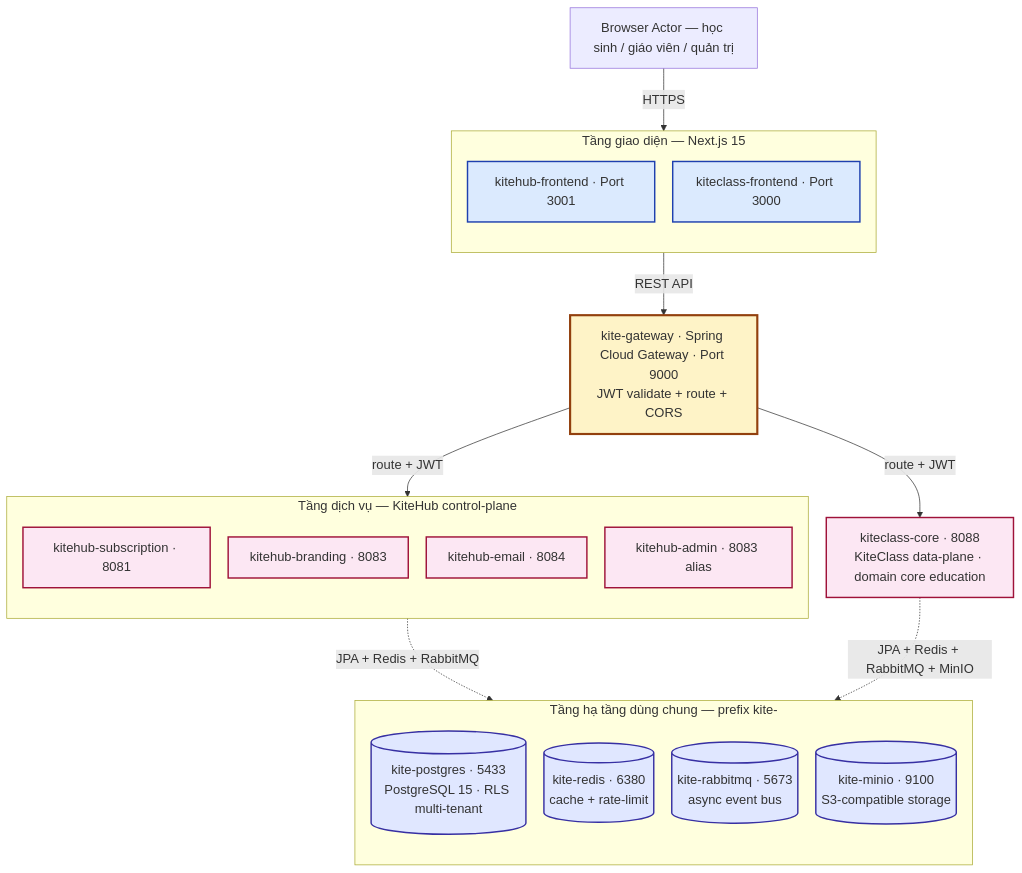
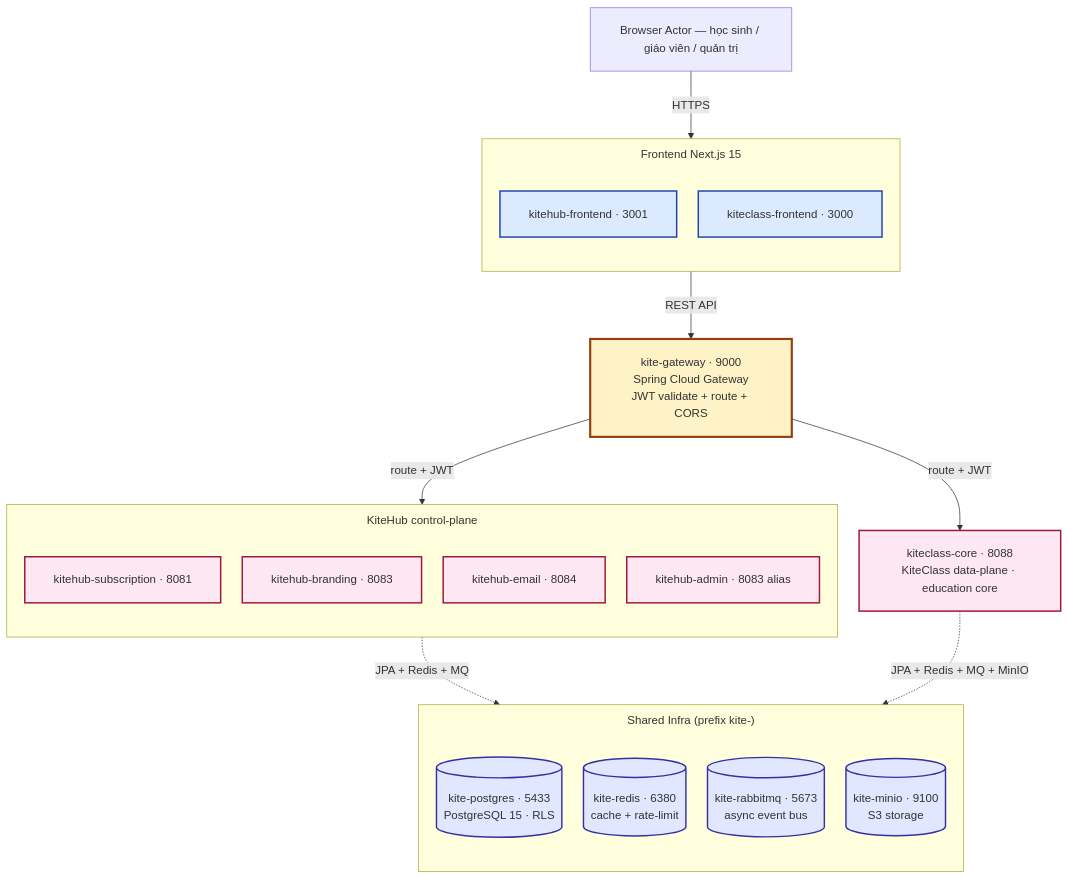
The second of 8 diagrams in documents/08-thesis/chapter-2-system-architecture.md (VictorAurelius/2026-Kite-Class-Platform), drawn with Mermaid before and after one commit. The commit also changed 3 other files, not shown here.

First line of the commit message:
fix(thesis+skills): Hình 2.2 fix subgraph title overlap + update diagram skill

````diff
--- a/documents/08-thesis/chapter-2-system-architecture.md
+++ b/documents/08-thesis/chapter-2-system-architecture.md
@@ -251,47 +251,47 @@
 ```mermaid
-%%{init: {"flowchart": {"htmlLabels": true, "nodeSpacing": 25, "rankSpacing": 60}, "themeVariables": {"fontSize": "18px"}}}%%
+%%{init: {"flowchart": {"htmlLabels": true, "nodeSpacing": 30, "rankSpacing": 70, "padding": 20, "subGraphTitleMargin": {"top": 10, "bottom": 15}}, "themeVariables": {"fontSize": "16px"}}}%%
 flowchart TB
     User[Browser Actor — học sinh / giáo viên / quản trị]
 
-    subgraph FrontendCluster["Tầng giao diện — Next.js 15"]
+    subgraph FrontendCluster["Frontend Next.js 15"]
         direction TB
-        KHF[kitehub-frontend · Port 3001]
-        KCF[kiteclass-frontend · Port 3000]
+        KHF[kitehub-frontend · 3001]
+        KCF[kiteclass-frontend · 3000]
     end
 
-    GW[kite-gateway · Spring Cloud Gateway · Port 9000<br/>JWT validate + route + CORS]
+    GW[kite-gateway · 9000<br/>Spring Cloud Gateway<br/>JWT validate + route + CORS]
 
-    subgraph ServiceClusterTop["Tầng dịch vụ — KiteHub control-plane"]
+    subgraph ServiceClusterTop["KiteHub control-plane"]
         direction TB
         KHS[kitehub-subscription · 8081]
         KHB[kitehub-branding · 8083]
         KHE[kitehub-email · 8084]
         KHA[kitehub-admin · 8083 alias]
     end
 
-    KCC[kiteclass-core · 8088<br/>KiteClass data-plane · domain core education]
+    KCC[kiteclass-core · 8088<br/>KiteClass data-plane · education core]
 
-    subgraph InfraCluster["Tầng hạ tầng dùng chung — prefix kite-"]
+    subgraph InfraCluster["Shared Infra (prefix kite-)"]
         direction TB
-        PG[(kite-postgres · 5433<br/>PostgreSQL 15 · RLS multi-tenant)]
+        PG[(kite-postgres · 5433<br/>PostgreSQL 15 · RLS)]
         RD[(kite-redis · 6380<br/>cache + rate-limit)]
         MQ[(kite-rabbitmq · 5673<br/>async event bus)]
-        MN[(kite-minio · 9100<br/>S3-compatible storage)]
+        MN[(kite-minio · 9100<br/>S3 storage)]
     end
 
     User -->|HTTPS| FrontendCluster
     FrontendCluster -->|REST API| GW
     GW -->|route + JWT| ServiceClusterTop
     GW -->|route + JWT| KCC
-    ServiceClusterTop -.->|JPA + Redis + RabbitMQ| InfraCluster
-    KCC -.->|JPA + Redis + RabbitMQ + MinIO| InfraCluster
+    ServiceClusterTop -.->|JPA + Redis + MQ| InfraCluster
+    KCC -.->|JPA + Redis + MQ + MinIO| InfraCluster
 
     classDef frontend fill:#dbeafe,stroke:#1e40af,stroke-width:2px
     classDef gateway fill:#fef3c7,stroke:#92400e,stroke-width:3px
     classDef service fill:#fce7f3,stroke:#9f1239,stroke-width:2px
     classDef infra fill:#e0e7ff,stroke:#3730a3,stroke-width:2px
     class KHF,KCF frontend
     class GW gateway
     class KHS,KHB,KHE,KHA,KCC service
     class PG,RD,MQ,MN infra
 ```
````
